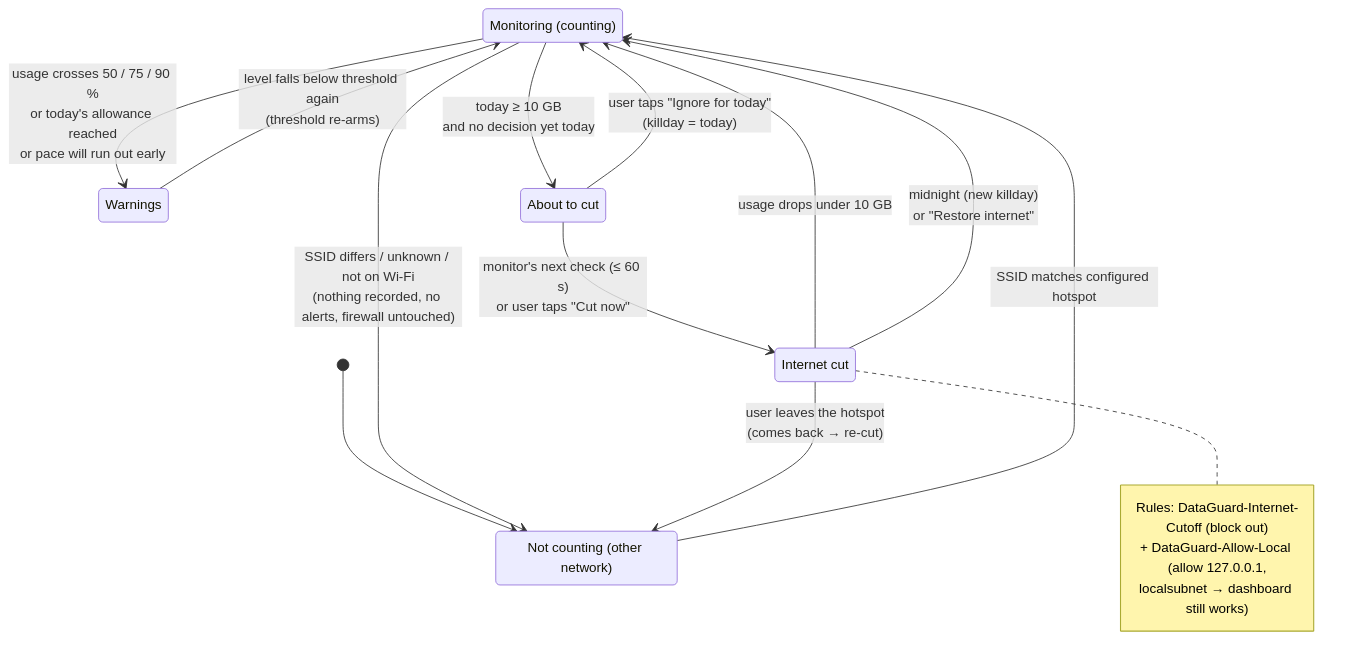
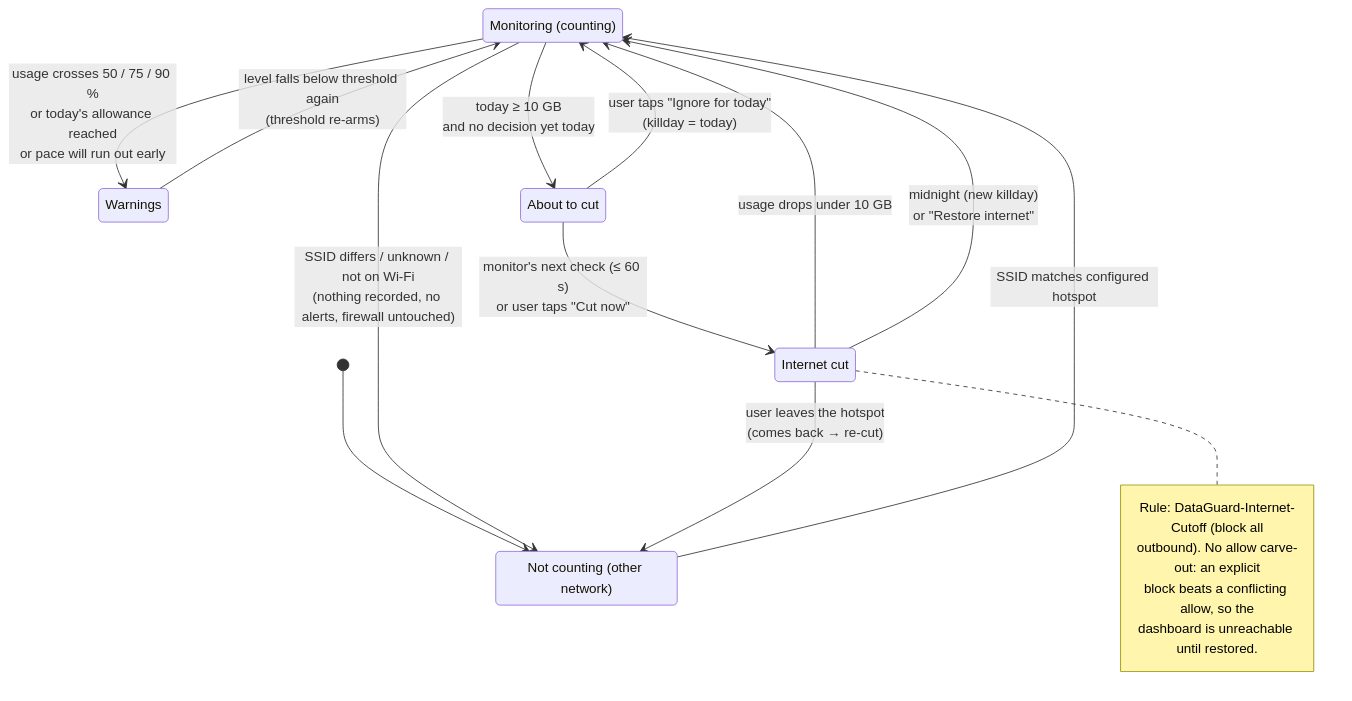
Before and after one commit to yassine808/network-tracker: the fourth of 7 diagrams in README.md, drawn with Mermaid. The commit also changed other lines of this file and 1 other file, not shown here.

````diff
--- a/README.md
+++ b/README.md
@@ -358,31 +360,32 @@
 ```mermaid
 stateDiagram-v2
     direction TB
 
     state "Monitoring (counting)" as COUNTING
     state "Not counting (other network)" as IDLE
     state "Warnings" as WARN
     state "About to cut" as PENDING
     state "Internet cut" as CUT
 
     [*] --> IDLE
     IDLE --> COUNTING: SSID matches configured hotspot
     COUNTING --> IDLE: SSID differs / unknown / not on Wi-Fi<br/>(nothing recorded, no alerts, firewall untouched)
 
     COUNTING --> WARN: usage crosses 50 / 75 / 90 %<br/>or today's allowance reached<br/>or pace will run out early
     WARN --> COUNTING: level falls below threshold again<br/>(threshold re-arms)
 
     COUNTING --> PENDING: today ≥ 10 GB<br/>and no decision yet today
     PENDING --> COUNTING: user taps "Ignore for today"<br/>(killday = today)
     PENDING --> CUT: monitor's next check (≤ 60 s)<br/>or user taps "Cut now"
 
     CUT --> COUNTING: usage drops under 10 GB
     CUT --> IDLE: user leaves the hotspot<br/>(comes back → re-cut)
     CUT --> COUNTING: midnight (new killday)<br/>or "Restore internet"
 
     note right of CUT
-      Rules: DataGuard-Internet-Cutoff (block out)
-      + DataGuard-Allow-Local (allow 127.0.0.1,
-      localsubnet → dashboard still works)
+      Rule: DataGuard-Internet-Cutoff (block all
+      outbound). No allow carve-out: an explicit
+      block beats a conflicting allow, so the
+      dashboard is unreachable until restored.
     end note
 ```
````
